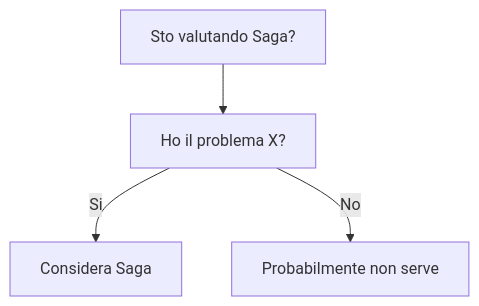
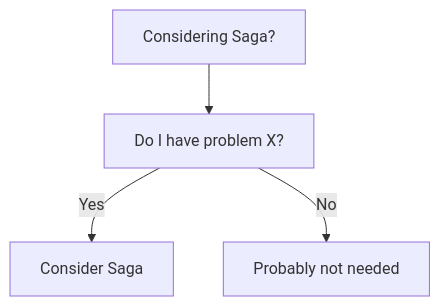
The diagram in dev-wiki/13_Integration/Patterns/Saga/When_To_Use.md (HxT9/Software-Dev-Wiki), drawn with Mermaid before and after one commit. The commit also changed other lines of this file and 3444 other files, not shown here.

````diff
--- a/dev-wiki/13_Integration/Patterns/Saga/When_To_Use.md
+++ b/dev-wiki/13_Integration/Patterns/Saga/When_To_Use.md
@@ -19,6 +19,6 @@
 ```mermaid
 flowchart TD
-  Q[Sto valutando Saga?] --> Q1[Ho il problema X?]
-  Q1 -->|Si| OK[Considera Saga]
-  Q1 -->|No| NO[Probabilmente non serve]
+  Q[Considering Saga?] --> Q1[Do I have problem X?]
+  Q1 -->|Yes| OK[Consider Saga]
+  Q1 -->|No| NO[Probably not needed]
 ```
````
